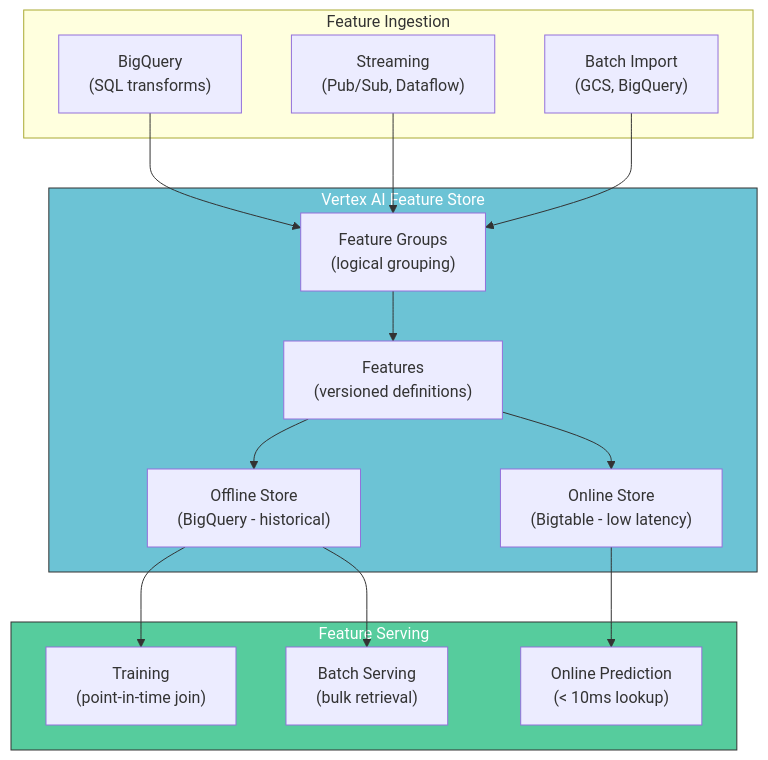
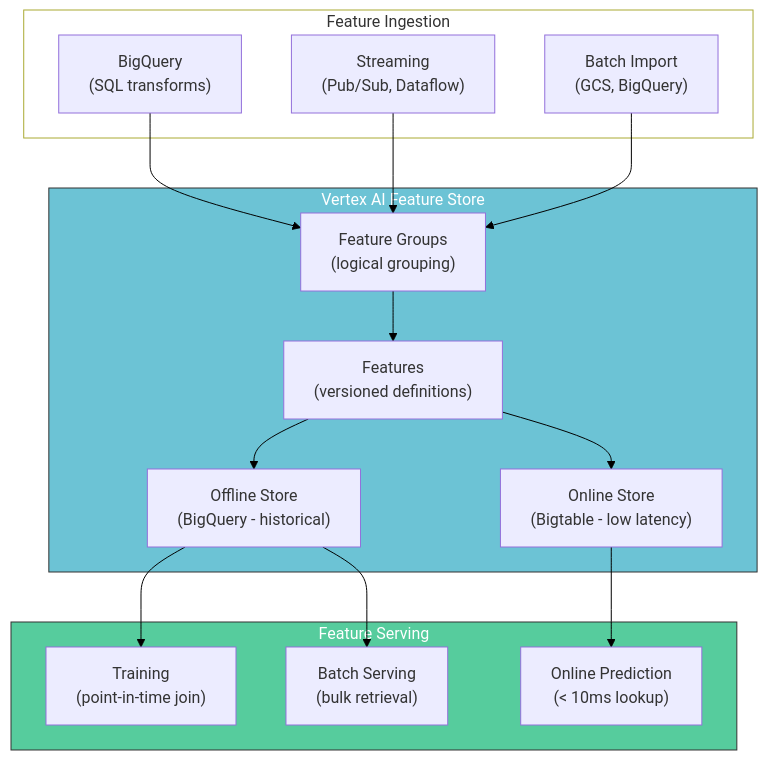
One commit to tanquangduong/tanquangduong.github.io changed the sixth of 10 diagrams in posts/aiops-interview/MLOps-Interview-QA-3.qmd. Above: the diagram before and after it, drawn with Mermaid. The commit also changed other lines of this file and 204 other files, not shown here.

````diff
--- a/posts/aiops-interview/MLOps-Interview-QA-3.qmd
+++ b/posts/aiops-interview/MLOps-Interview-QA-3.qmd
@@ -576,36 +585,38 @@
 ```{mermaid}
 graph TD
+    linkStyle default stroke:#000,color:#000
     subgraph Ingestion["Feature Ingestion"]
         BQ["BigQuery<br/>(SQL transforms)"]
         STREAM["Streaming<br/>(Pub/Sub, Dataflow)"]
         BATCH_LOAD["Batch Import<br/>(GCS, BigQuery)"]
     end
 
     subgraph FeatureStore["Vertex AI Feature Store"]
         FG["Feature Groups<br/>(logical grouping)"]
         FEATURES["Features<br/>(versioned definitions)"]
         OFFLINE["Offline Store<br/>(BigQuery - historical)"]
         ONLINE["Online Store<br/>(Bigtable - low latency)"]
     end
 
     subgraph Serving["Feature Serving"]
         TRAINING["Training<br/>(point-in-time join)"]
         PREDICTION["Online Prediction<br/>(< 10ms lookup)"]
         BATCH_SERVE["Batch Serving<br/>(bulk retrieval)"]
     end
 
     BQ --> FG
     STREAM --> FG
     BATCH_LOAD --> FG
 
     FG --> FEATURES
     FEATURES --> OFFLINE
     FEATURES --> ONLINE
 
     OFFLINE --> TRAINING
     OFFLINE --> BATCH_SERVE
     ONLINE --> PREDICTION
 
     style FeatureStore fill:#6cc3d5,stroke:#333,color:#fff
     style Serving fill:#56cc9d,stroke:#333,color:#fff
+    style Ingestion fill:#fff
 ```
````
